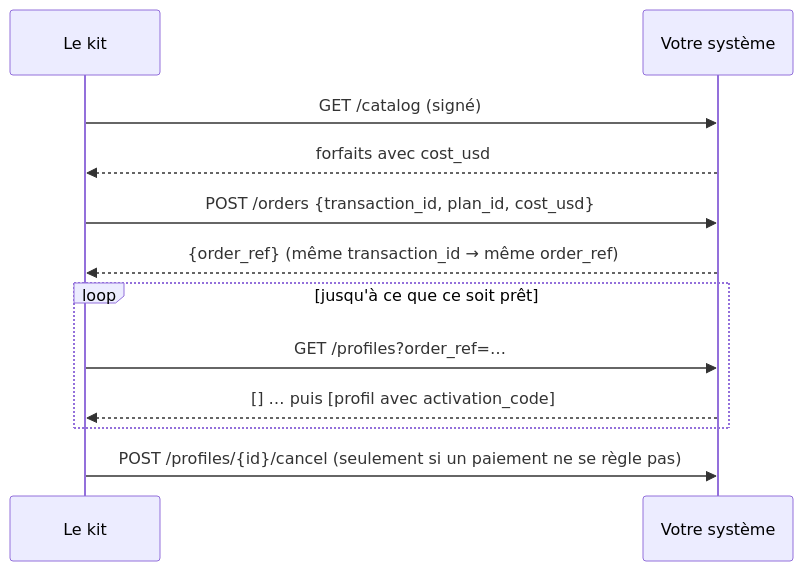
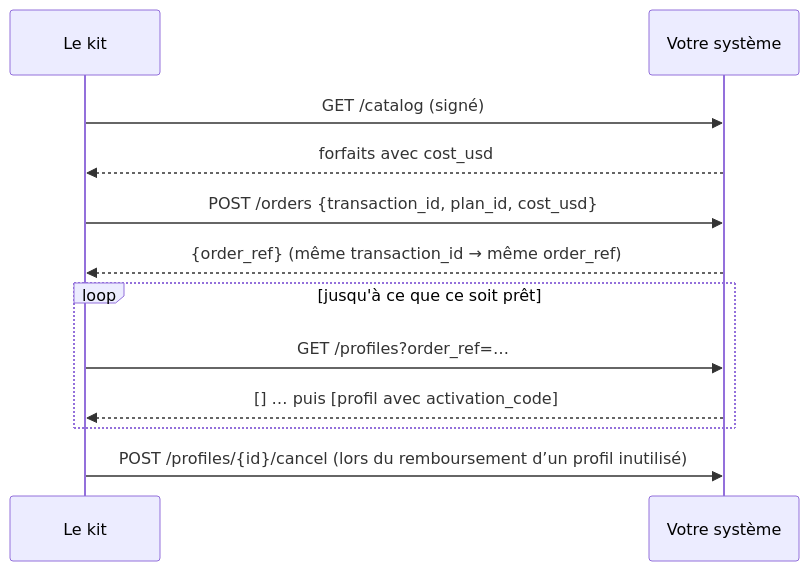
Before and after one commit to alexar76/esim-operator-kit: the diagram in docs/fr/sdk.md, drawn with Mermaid. The commit also changed other lines of this file and 65 other files, not shown here.

````diff
--- a/docs/fr/sdk.md
+++ b/docs/fr/sdk.md
@@ -100,14 +100,14 @@
 ```mermaid
 sequenceDiagram
   participant K as Le kit
   participant Y as Votre système
   K->>Y: GET /catalog (signé)
   Y-->>K: forfaits avec cost_usd
   K->>Y: POST /orders {transaction_id, plan_id, cost_usd}
   Y-->>K: {order_ref}   (même transaction_id → même order_ref)
   loop jusqu'à ce que ce soit prêt
     K->>Y: GET /profiles?order_ref=…
     Y-->>K: [] … puis [profil avec activation_code]
   end
-  K->>Y: POST /profiles/{id}/cancel   (seulement si un paiement ne se règle pas)
+  K->>Y: POST /profiles/{id}/cancel   (lors du remboursement d’un profil inutilisé)
 ```
````
